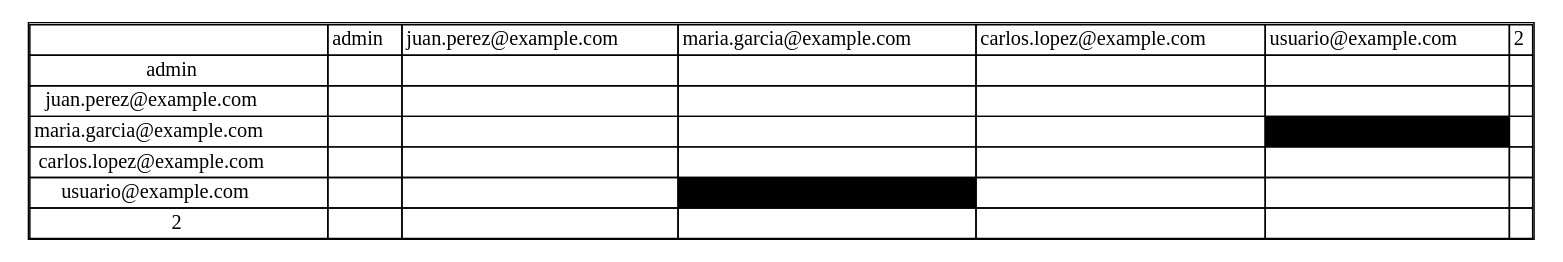
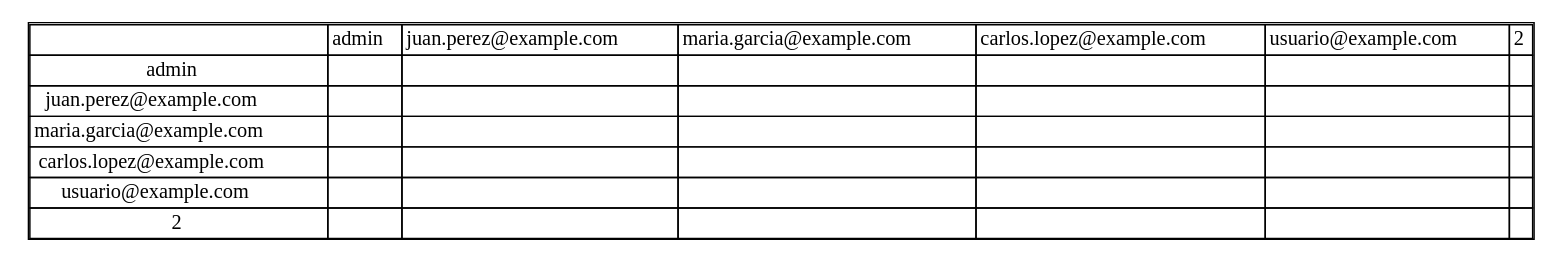
The diagram in Fase#1/cmake-build-debug/relaciones.dot (LightDemon12/-EDD-PROYECTOS_202100215), drawn with Graphviz before and after one commit. The commit also changed 29 other files, not shown here.

```diff
--- a/Fase#1/cmake-build-debug/relaciones.dot
+++ b/Fase#1/cmake-build-debug/relaciones.dot
@@ -1,13 +1,13 @@
 digraph G {
 node [shape=plaintext]
 a [label=<
 <table border='1' cellborder='1' cellspacing='0'>
 <tr><td></td><td>admin</td><td>juan.perez@example.com</td><td>maria.garcia@example.com</td><td>carlos.lopez@example.com</td><td>usuario@example.com</td><td>2</td></tr>
 <tr><td>admin</td><td></td><td></td><td></td><td></td><td></td><td></td></tr>
 <tr><td>juan.perez@example.com</td><td></td><td></td><td></td><td></td><td></td><td></td></tr>
-<tr><td>maria.garcia@example.com</td><td></td><td></td><td></td><td></td><td bgcolor='black'></td><td></td></tr>
+<tr><td>maria.garcia@example.com</td><td></td><td></td><td></td><td></td><td></td><td></td></tr>
 <tr><td>carlos.lopez@example.com</td><td></td><td></td><td></td><td></td><td></td><td></td></tr>
-<tr><td>usuario@example.com</td><td></td><td></td><td bgcolor='black'></td><td></td><td></td><td></td></tr>
+<tr><td>usuario@example.com</td><td></td><td></td><td></td><td></td><td></td><td></td></tr>
 <tr><td>2</td><td></td><td></td><td></td><td></td><td></td><td></td></tr>
 </table>>];
 }
```
